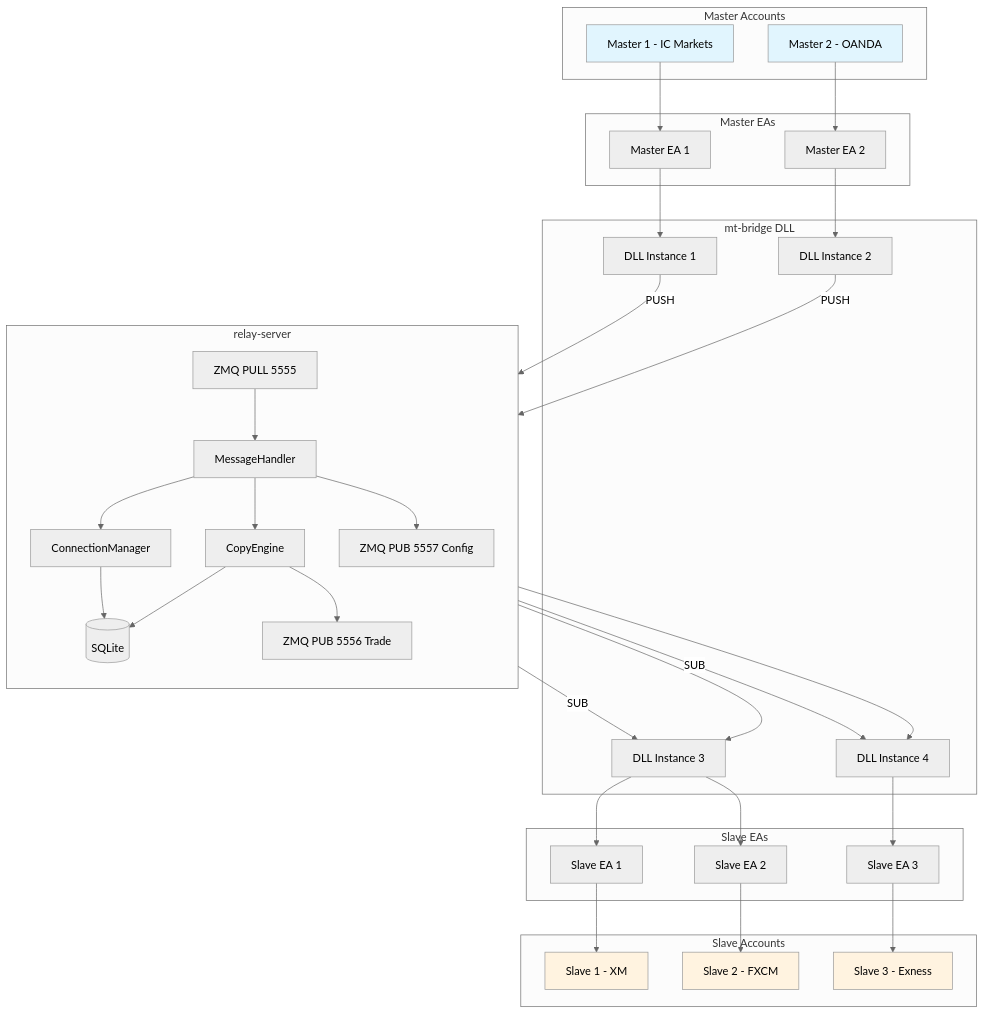
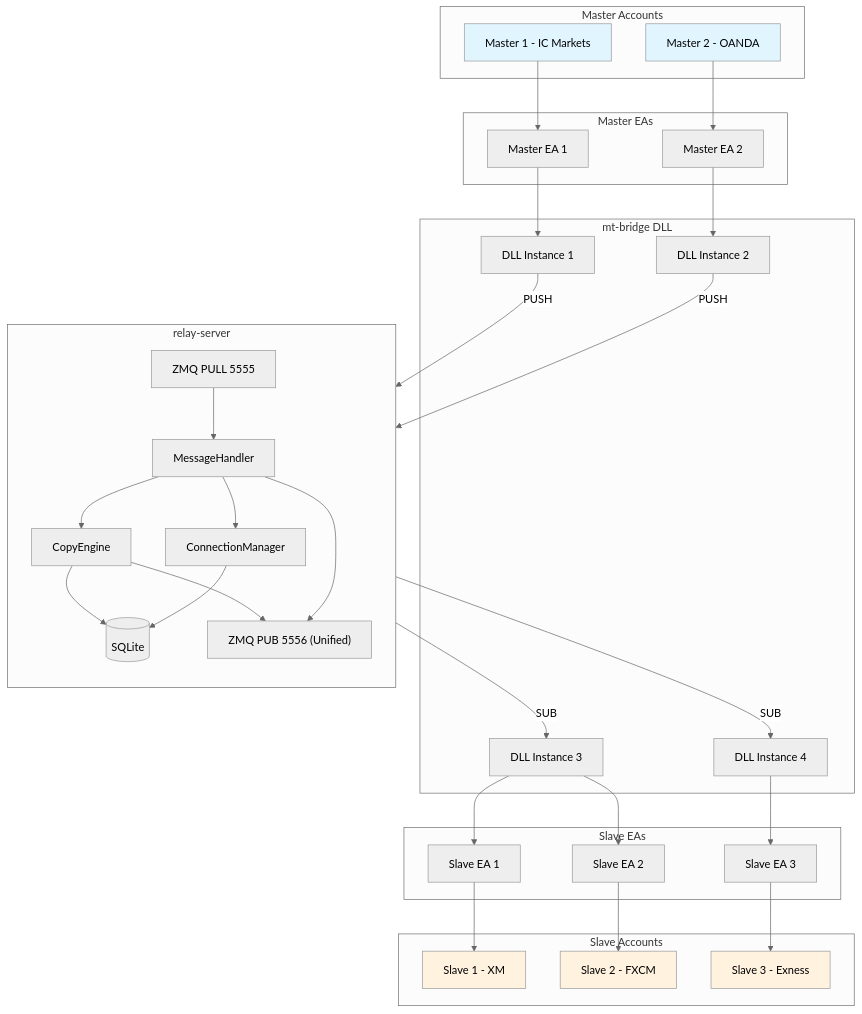
The second of 13 diagrams in docs/README.md (poruru210/sankey-copier), drawn with Mermaid (neutral theme) before and after one commit. The commit also changed other lines of this file and 35 other files, not shown here.

````diff
--- a/docs/README.md
+++ b/docs/README.md
@@ -61,79 +61,76 @@
 ```mermaid
 graph TB
     subgraph master_accounts["Master Accounts"]
         M1["Master 1 - IC Markets"]
         M2["Master 2 - OANDA"]
     end
 
     subgraph master_eas["Master EAs"]
         MEA1["Master EA 1"]
         MEA2["Master EA 2"]
     end
 
     subgraph dll["mt-bridge DLL"]
         DLL1["DLL Instance 1"]
         DLL2["DLL Instance 2"]
         DLL3["DLL Instance 3"]
         DLL4["DLL Instance 4"]
     end
 
     subgraph relay["relay-server"]
         direction TB
         PULL["ZMQ PULL 5555"]
         MH["MessageHandler"]
         CE["CopyEngine"]
         CM["ConnectionManager"]
         DB[("SQLite")]
-        PUB_T["ZMQ PUB 5556 Trade"]
-        PUB_C["ZMQ PUB 5557 Config"]
+        PUB["ZMQ PUB 5556 (Unified)"]
     end
 
     subgraph slave_eas["Slave EAs"]
         SEA1["Slave EA 1"]
         SEA2["Slave EA 2"]
         SEA3["Slave EA 3"]
     end
 
     subgraph slave_accounts["Slave Accounts"]
         S1["Slave 1 - XM"]
         S2["Slave 2 - FXCM"]
         S3["Slave 3 - Exness"]
     end
 
     M1 --> MEA1
     M2 --> MEA2
 
     MEA1 --> DLL1
     MEA2 --> DLL2
 
     DLL1 -->|PUSH| PULL
     DLL2 -->|PUSH| PULL
 
     PULL --> MH
     MH --> CE
     MH --> CM
     CE --> DB
     CM --> DB
 
-    CE --> PUB_T
-    MH --> PUB_C
+    CE --> PUB
+    MH --> PUB
 
-    PUB_T -->|SUB| DLL3
-    PUB_T -->|SUB| DLL4
-    PUB_C --> DLL3
-    PUB_C --> DLL4
+    PUB -->|SUB| DLL3
+    PUB -->|SUB| DLL4
 
     DLL3 --> SEA1
     DLL3 --> SEA2
     DLL4 --> SEA3
 
     SEA1 --> S1
     SEA2 --> S2
     SEA3 --> S3
 
     style M1 fill:#e1f5fe
     style M2 fill:#e1f5fe
     style S1 fill:#fff3e0
     style S2 fill:#fff3e0
     style S3 fill:#fff3e0
 ```
````
